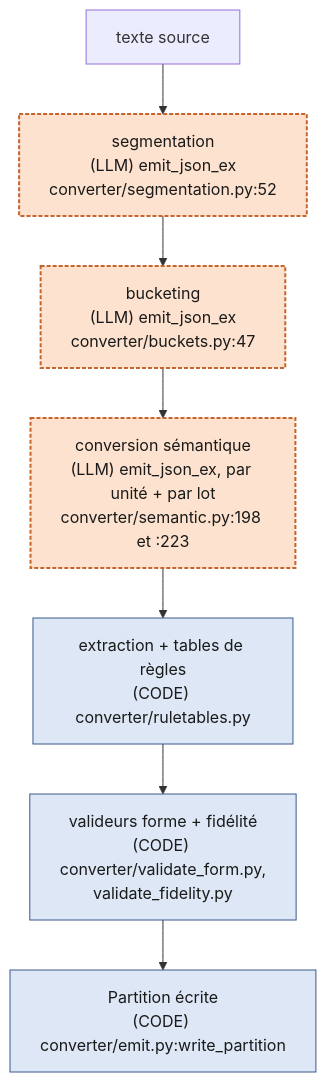
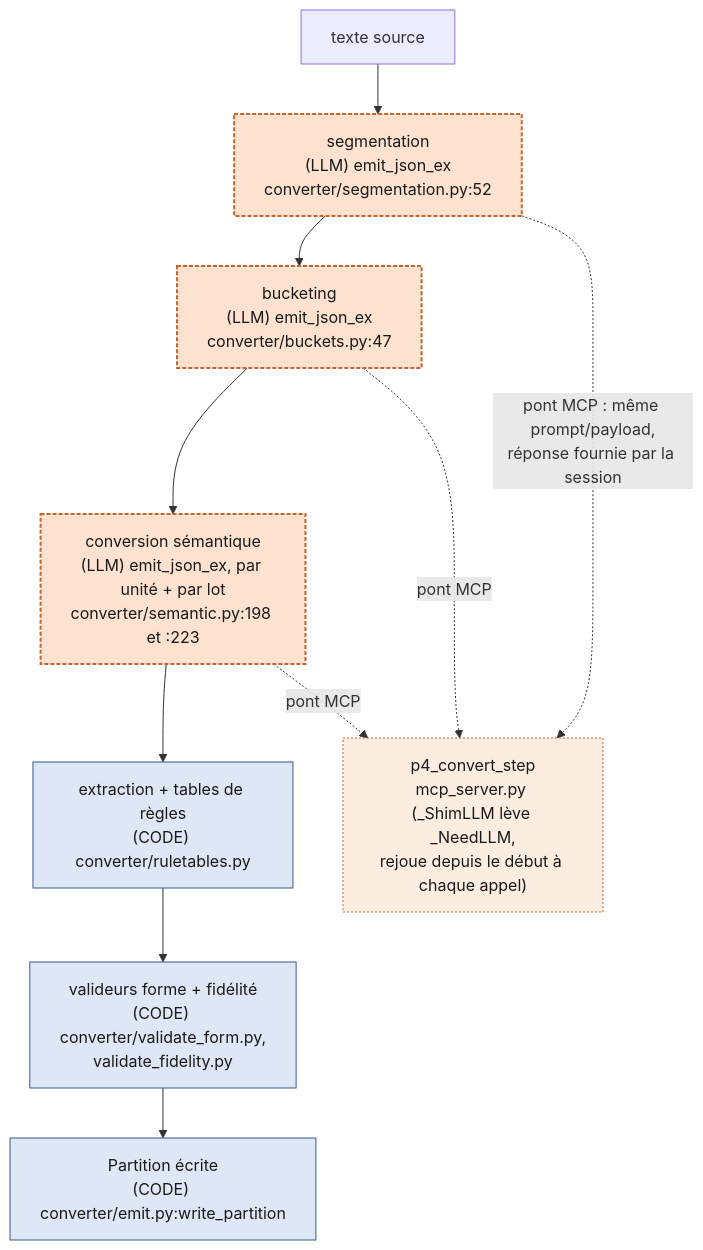
Before and after one commit to souhelmeskache/souffleur: the fourth of 6 diagrams in docs/ARCHITECTURE.md, drawn with Mermaid. The commit also changed other lines of this file and 2 other files, not shown here.

````diff
--- a/docs/ARCHITECTURE.md
+++ b/docs/ARCHITECTURE.md
@@ -297,11 +297,15 @@
 ```mermaid
 flowchart TD
     A[texte source] --> B["segmentation<br/>(LLM) emit_json_ex<br/>converter/segmentation.py:52"]:::llm
     B --> C["bucketing<br/>(LLM) emit_json_ex<br/>converter/buckets.py:47"]:::llm
     C --> D["conversion sémantique<br/>(LLM) emit_json_ex, par unité + par lot<br/>converter/semantic.py:198 et :223"]:::llm
     D --> E["extraction + tables de règles<br/>(CODE) converter/ruletables.py"]:::code
     E --> F["valideurs forme + fidélité<br/>(CODE) converter/validate_form.py,<br/>validate_fidelity.py"]:::code
     F --> G["Partition écrite<br/>(CODE) converter/emit.py:write_partition"]:::code
+    B -.pont MCP : même prompt/payload,<br/>réponse fournie par la session.-> P["p4_convert_step<br/>mcp_server.py (_ShimLLM lève _NeedLLM,<br/>rejoue depuis le début à chaque appel)"]:::llmExternal
+    C -.pont MCP.-> P
+    D -.pont MCP.-> P
     classDef code fill:#dde7f5,stroke:#3a5a8c,stroke-width:1px,color:#1a1a1a;
     classDef llm fill:#fde3cf,stroke:#c8632a,stroke-width:2px,stroke-dasharray:4 2,color:#1a1a1a;
+    classDef llmExternal fill:#fbeee0,stroke:#c8632a,stroke-width:1px,stroke-dasharray:2 2,color:#1a1a1a;
 ```
````
